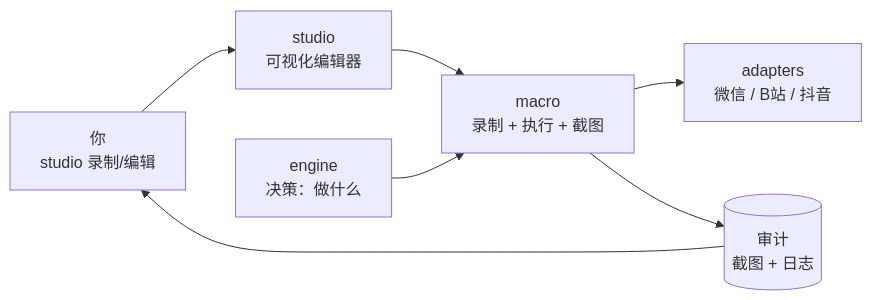
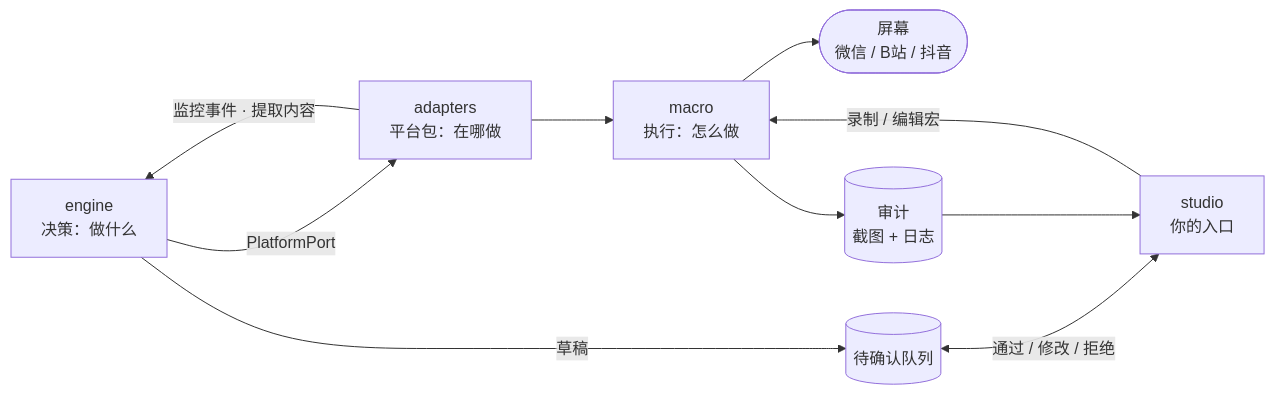
The second of 3 diagrams in README.zh-CN.md (joshua1688/cyber-worker), drawn with Mermaid before and after one commit. The commit also changed other lines of this file and 87 other files, not shown here.

First line of the commit message:
feat: macro minimal loop + studio web editor and audit page

````diff
--- a/README.zh-CN.md
+++ b/README.zh-CN.md
@@ -86,9 +95,12 @@
 ```mermaid
 flowchart LR
-    U["你<br/>studio 录制/编辑"] --> S["studio<br/>可视化编辑器"]
-    S --> M["macro<br/>录制 + 执行 + 截图"]
-    E["engine<br/>决策：做什么"] --> M
-    M --> A["adapters<br/>微信 / B站 / 抖音"]
+    E["engine<br/>决策：做什么"] -->|PlatformPort| A["adapters<br/>平台包：在哪做"]
+    A --> M["macro<br/>执行：怎么做"]
+    M --> SCR(["屏幕<br/>微信 / B站 / 抖音"])
+    A -->|监控事件 · 提取内容| E
+    E -->|草稿| Q[("待确认队列")]
+    Q <-->|通过 / 修改 / 拒绝| S["studio<br/>你的入口"]
+    S -->|录制 / 编辑宏| M
     M --> R[("审计<br/>截图 + 日志")]
-    R --> U
+    R --> S
 ```
````
